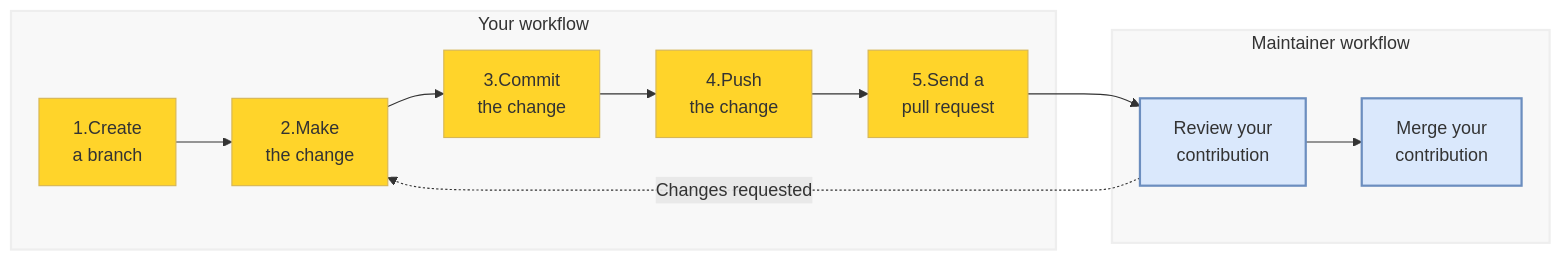
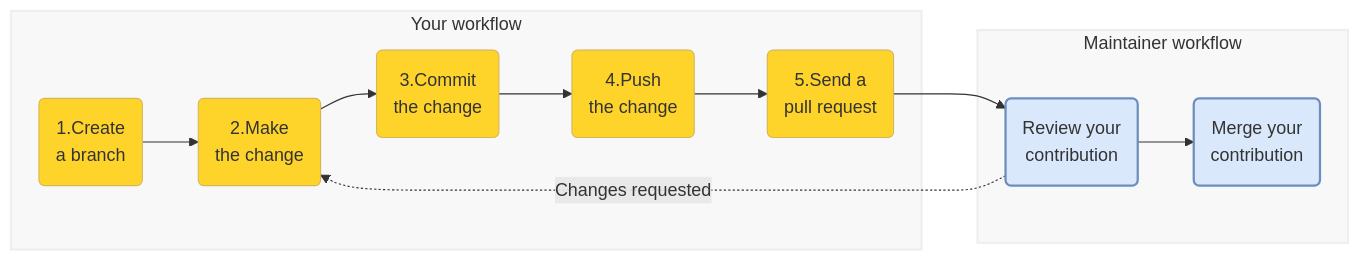
Before and after one commit to ORMIRcommunity/coding_guidelines: the third of 3 diagrams in gh_contributing.md, drawn with Mermaid. The commit also changed other lines of this file and 5 other files, not shown here.

````diff
--- a/gh_contributing.md
+++ b/gh_contributing.md
@@ -418,33 +419,33 @@
 ```mermaid
 flowchart LR
 
     subgraph you [Your workflow]
-        branch[1.Create<br>a branch]
-        changes[2.Make<br>the change]
-        commit[3.Commit<br>the change]
-        push[4.Push<br>the change]
-        pr[5.Send a<br>pull request]
+        branch(1.Create<br>a branch)
+        changes(2.Make<br>the change)
+        commit(3.Commit<br>the change)
+        push(4.Push<br>the change)
+        pr(5.Send a<br>pull request)
     end
     
     subgraph maintainer [Maintainer workflow]
-      review[Review your<br>contribution]
-      merge[Merge your<br>contribution]
+      review(Review your<br>contribution)
+      merge(Merge your<br>contribution)
     end
   
     branch --> changes
     changes --> commit
     commit --> push
     push --> pr
     pr --> review
     review -. Changes requested.->  changes 
     review --> merge
    
     classDef yellow fill:#ffd42aff,stroke:#d6b656,stroke-width:2px // yellow    
       class branch,changes,commit,push,pr yellow
     classDef blue fill:#dae8fc,stroke:#6c8ebf,stroke-width:2px
       class review,merge blue
     classDef gray fill:#F8F8F8,stroke:#EEEEEE,stroke-width:2px
       class you,maintainer gray
 
     
 ```
````
